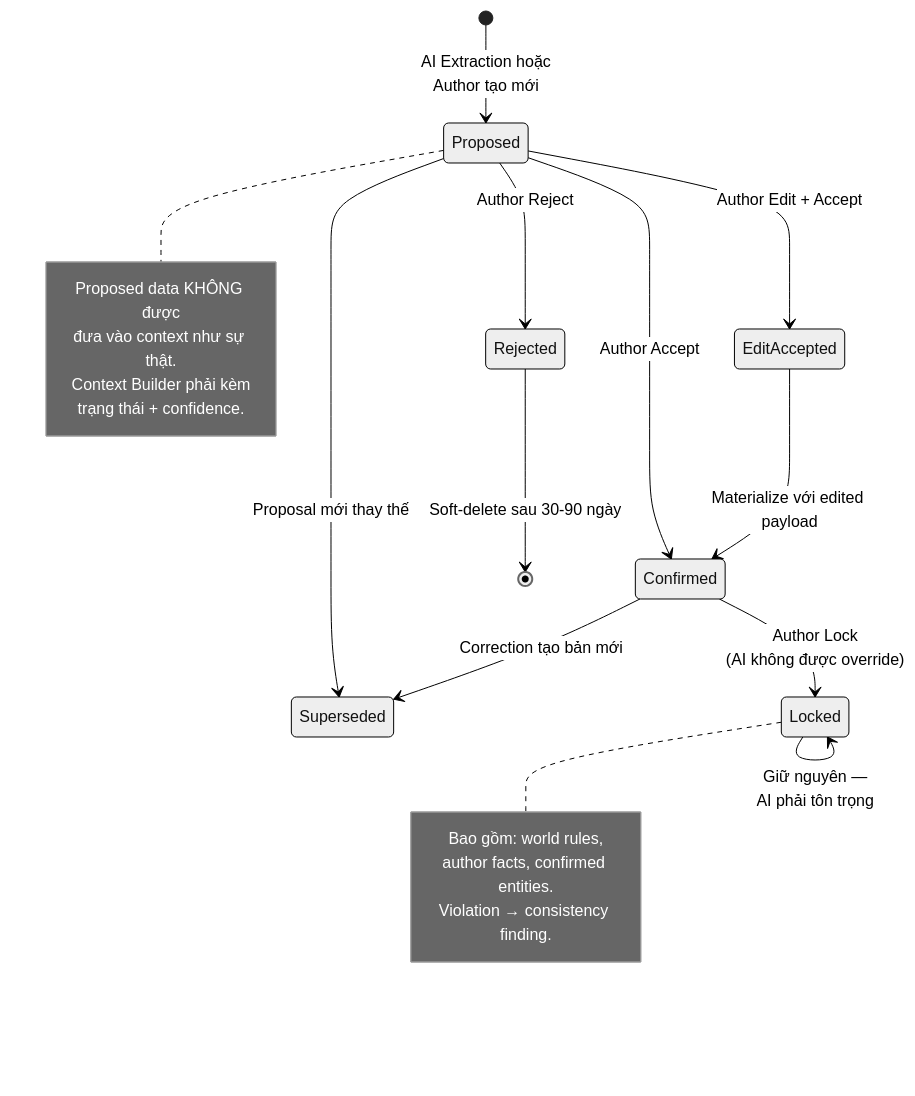
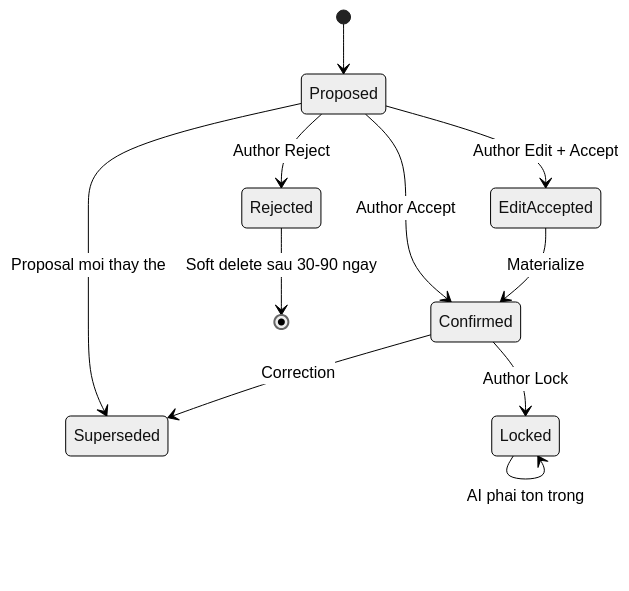
The seventh of 8 diagrams in docs/PIPELINE.md (Ephurin/Novel_sharing_platform), drawn with Mermaid (neutral theme) before and after one commit. The commit also changed other lines of this file, not shown here.

Commit message:
fix(docs): format mermaid diagrams in PIPELINE.md for GitHub preview compatibility

````diff
--- a/docs/PIPELINE.md
+++ b/docs/PIPELINE.md
@@ -416,31 +411,18 @@
 ```mermaid
 stateDiagram-v2
-    [*] --> Proposed: AI Extraction hoặc<br/>Author tạo mới
+    [*] --> Proposed
 
-    Proposed --> Confirmed: Author Accept
-    Proposed --> Rejected: Author Reject
-    Proposed --> EditAccepted: Author Edit + Accept
-    Proposed --> Superseded: Proposal mới thay thế
+    Proposed --> Confirmed : Author Accept
+    Proposed --> Rejected : Author Reject
+    Proposed --> EditAccepted : Author Edit + Accept
+    Proposed --> Superseded : Proposal moi thay the
 
-    EditAccepted --> Confirmed: Materialize với edited payload
+    EditAccepted --> Confirmed : Materialize
 
-    Confirmed --> Locked: Author Lock<br/>(AI không được override)
-    Confirmed --> Superseded: Correction tạo bản mới
+    Confirmed --> Locked : Author Lock
+    Confirmed --> Superseded : Correction
 
-    Locked --> Locked: Giữ nguyên —<br/>AI phải tôn trọng
+    Locked --> Locked : AI phai ton trong
 
-    Rejected --> [*]: Soft-delete sau 30-90 ngày
-
-    note right of Proposed
-        Proposed data KHÔNG được
-        đưa vào context như sự thật.
-        Context Builder phải kèm
-        trạng thái + confidence.
-    end note
-
-    note right of Locked
-        Bao gồm: world rules,
-        author facts, confirmed entities.
-        Violation → consistency finding.
-    end note
+    Rejected --> [*] : Soft delete sau 30-90 ngay
 ```
````
